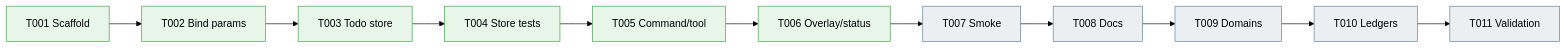
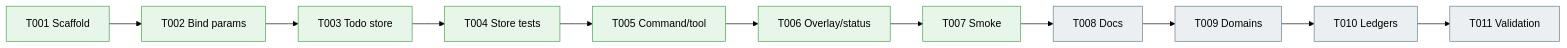
Before and after one commit to vaughanknight/pij: the third of 3 diagrams in docs/plans/010-sql-backed-todo-extension/sql-backed-todo-extension.fltplan.md, drawn with Mermaid (forest theme). The commit also changed other lines of this file and 7 other files, not shown here.

Commit message:
test: add todo smoke scenario

````diff
--- a/docs/plans/010-sql-backed-todo-extension/sql-backed-todo-extension.fltplan.md
+++ b/docs/plans/010-sql-backed-todo-extension/sql-backed-todo-extension.fltplan.md
@@ -128,9 +128,9 @@
 ```mermaid
 flowchart LR
     classDef pending fill:#ECEFF1,stroke:#607D8B,color:#000
     classDef active fill:#FFF3E0,stroke:#FB8C00,color:#000
     classDef done fill:#E8F5E9,stroke:#43A047,color:#000
     classDef blocked fill:#FFEBEE,stroke:#E53935,color:#000
 
-    S001[T001 Scaffold]:::done --> S002[T002 Bind params]:::done --> S003[T003 Todo store]:::done --> S004[T004 Store tests]:::done --> S005[T005 Command/tool]:::done --> S006[T006 Overlay/status]:::done --> S007[T007 Smoke]:::pending --> S008[T008 Docs]:::pending --> S009[T009 Domains]:::pending --> S010[T010 Ledgers]:::pending --> S011[T011 Validation]:::pending
+    S001[T001 Scaffold]:::done --> S002[T002 Bind params]:::done --> S003[T003 Todo store]:::done --> S004[T004 Store tests]:::done --> S005[T005 Command/tool]:::done --> S006[T006 Overlay/status]:::done --> S007[T007 Smoke]:::done --> S008[T008 Docs]:::pending --> S009[T009 Domains]:::pending --> S010[T010 Ledgers]:::pending --> S011[T011 Validation]:::pending
 ```
````
